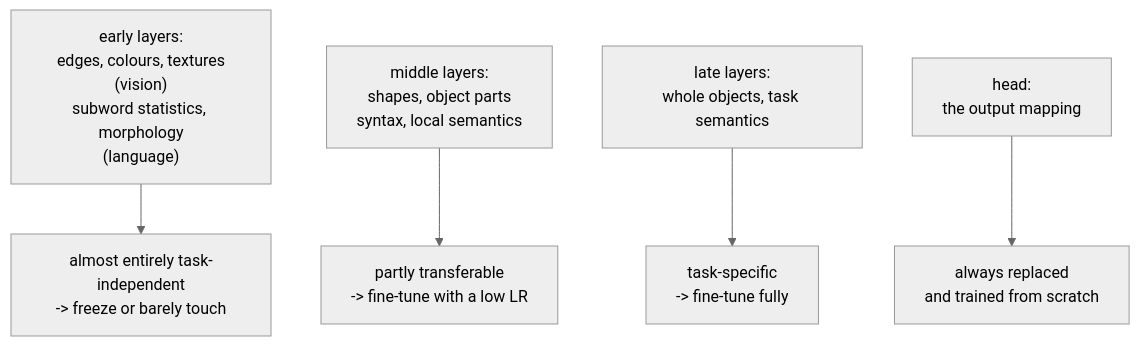
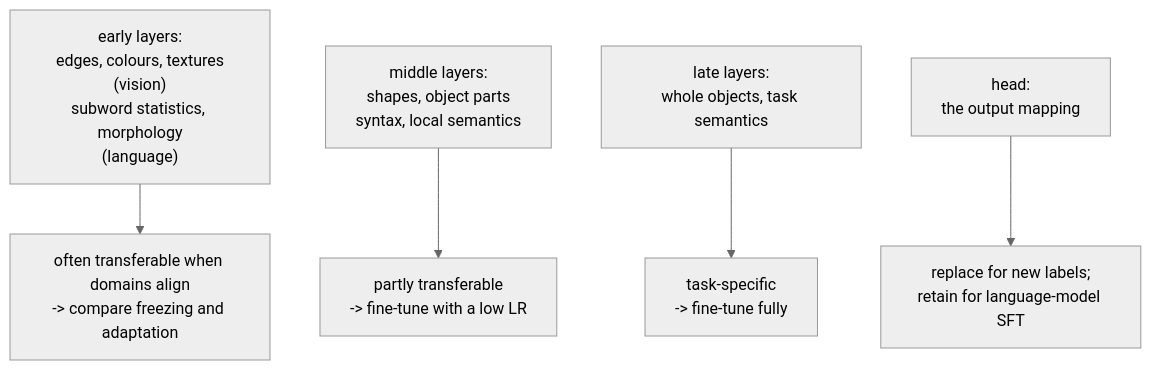
Before and after one commit to alliedbrother/ml-interview-notes: the diagram in content/notes/deep-learning/transfer-learning-and-finetuning.md, drawn with Mermaid (neutral theme). The commit also changed other lines of this file and 217 other files, not shown here.

````diff
--- a/content/notes/deep-learning/transfer-learning-and-finetuning.md
+++ b/content/notes/deep-learning/transfer-learning-and-finetuning.md
@@ -19,7 +19,7 @@
 ```mermaid
 flowchart TD
-    L1["early layers:<br/>edges, colours, textures<br/>(vision)<br/>subword statistics, morphology<br/>(language)"] --> G1["almost entirely task-independent<br/>-> freeze or barely touch"]
+    L1["early layers:<br/>edges, colours, textures<br/>(vision)<br/>subword statistics, morphology<br/>(language)"] --> G1["often transferable when domains align<br/>-> compare freezing and adaptation"]
     L2["middle layers:<br/>shapes, object parts<br/>syntax, local semantics"] --> G2["partly transferable<br/>-> fine-tune with a low LR"]
     L3["late layers:<br/>whole objects, task semantics"] --> G3["task-specific<br/>-> fine-tune fully"]
-    L4["head:<br/>the output mapping"] --> G4["always replaced<br/>and trained from scratch"]
+    L4["head:<br/>the output mapping"] --> G4["replace for new labels;<br/>retain for language-model SFT"]
 ```
````
